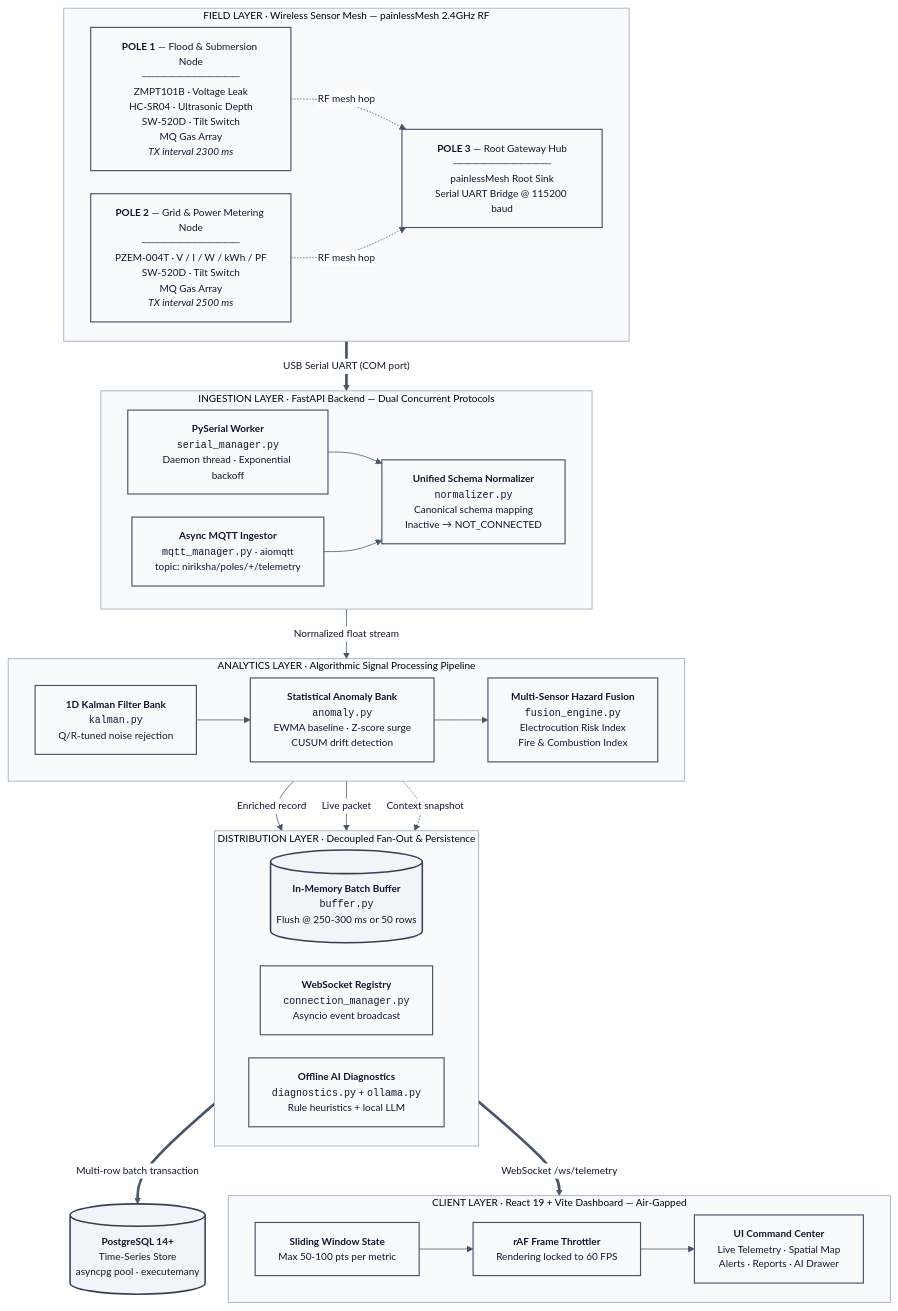
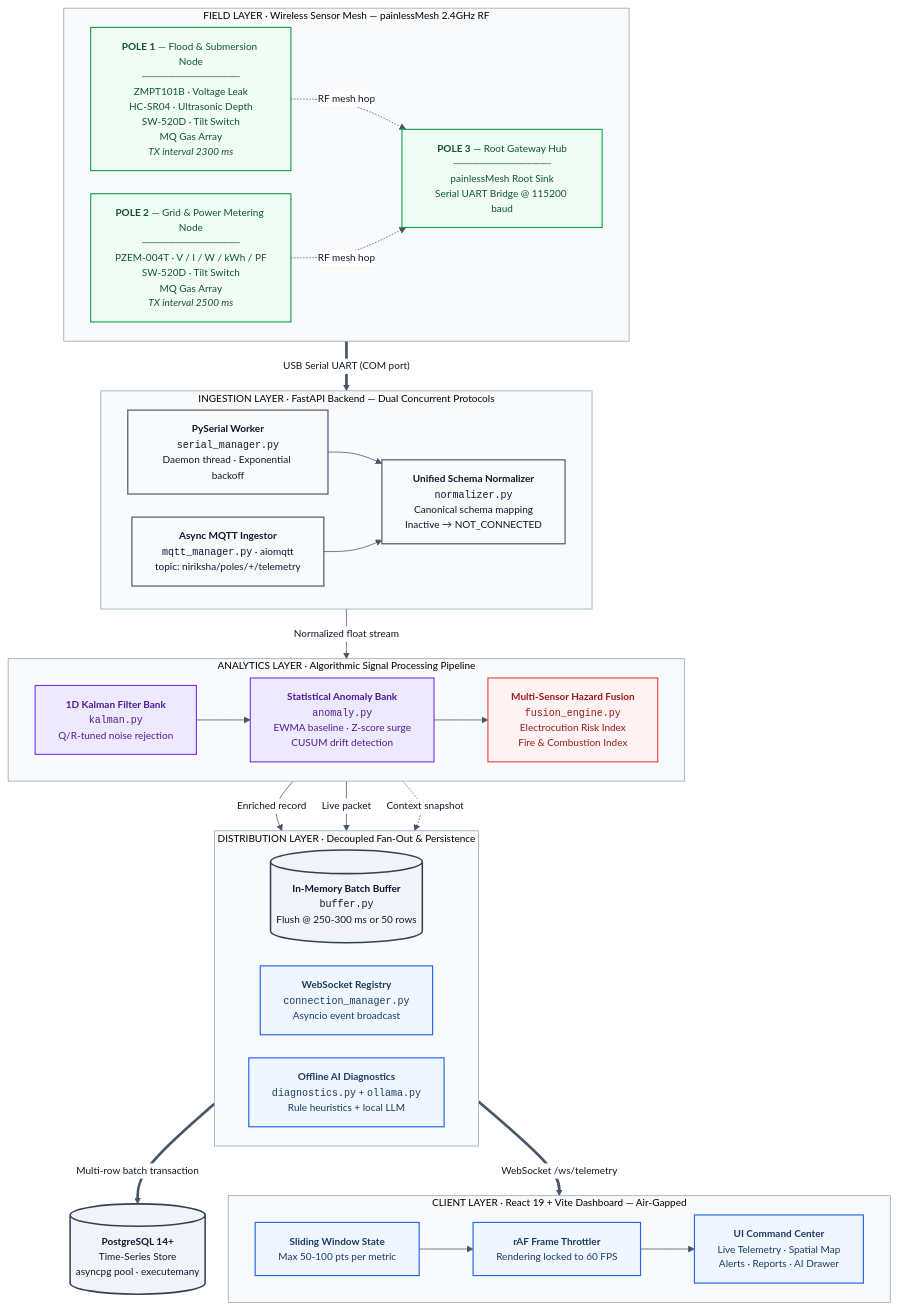
One commit to MadhavK3/niriksha changed the first of 2 diagrams in docs/01_SYSTEM_ARCHITECTURE.md. Above: the diagram before and after it, drawn with Mermaid. The commit also changed 10 other files, not shown here.

Commit message:
docs: overhaul architecture diagrams to semantic monochromatic Mermaid flowcharts

````diff
--- a/docs/01_SYSTEM_ARCHITECTURE.md
+++ b/docs/01_SYSTEM_ARCHITECTURE.md
@@ -81,9 +81,17 @@
     WS ==>|"WebSocket /ws/telemetry"| SWIN
 
     classDef default fill:#ffffff,stroke:#64748b,stroke-width:1px,color:#0f172a;
-    classDef blueprint fill:#f8fafc,stroke:#475569,stroke-width:1.5px,color:#0f172a;
-    classDef storageNode fill:#f1f5f9,stroke:#334155,stroke-width:2px,color:#0f172a;
+    classDef nodeSafe fill:#f0fdf4,stroke:#16a34a,stroke-width:1.5px,color:#14532d;
+    classDef nodeIngest fill:#f8fafc,stroke:#475569,stroke-width:1.5px,color:#0f172a;
+    classDef nodeAnalytics fill:#ede9fe,stroke:#7c3aed,stroke-width:1.5px,color:#4c1d95;
+    classDef nodeHazard fill:#fef2f2,stroke:#ef4444,stroke-width:1.5px,color:#991b1b;
+    classDef nodeClient fill:#eff6ff,stroke:#2563eb,stroke-width:1.5px,color:#1e3a5f;
+    classDef nodeStorage fill:#f1f5f9,stroke:#334155,stroke-width:2px,color:#0f172a;
 
-    class P1,P2,P3,SER,MQ,NORM,KAL,ANOM,FUS,WS,AI,SWIN,RAF,UI blueprint;
-    class BUF,PG storageNode;
+    class P1,P2,P3 nodeSafe;
+    class SER,MQ,NORM nodeIngest;
+    class KAL,ANOM nodeAnalytics;
+    class FUS nodeHazard;
+    class BUF,PG nodeStorage;
+    class WS,AI,SWIN,RAF,UI nodeClient;
 ```
````
